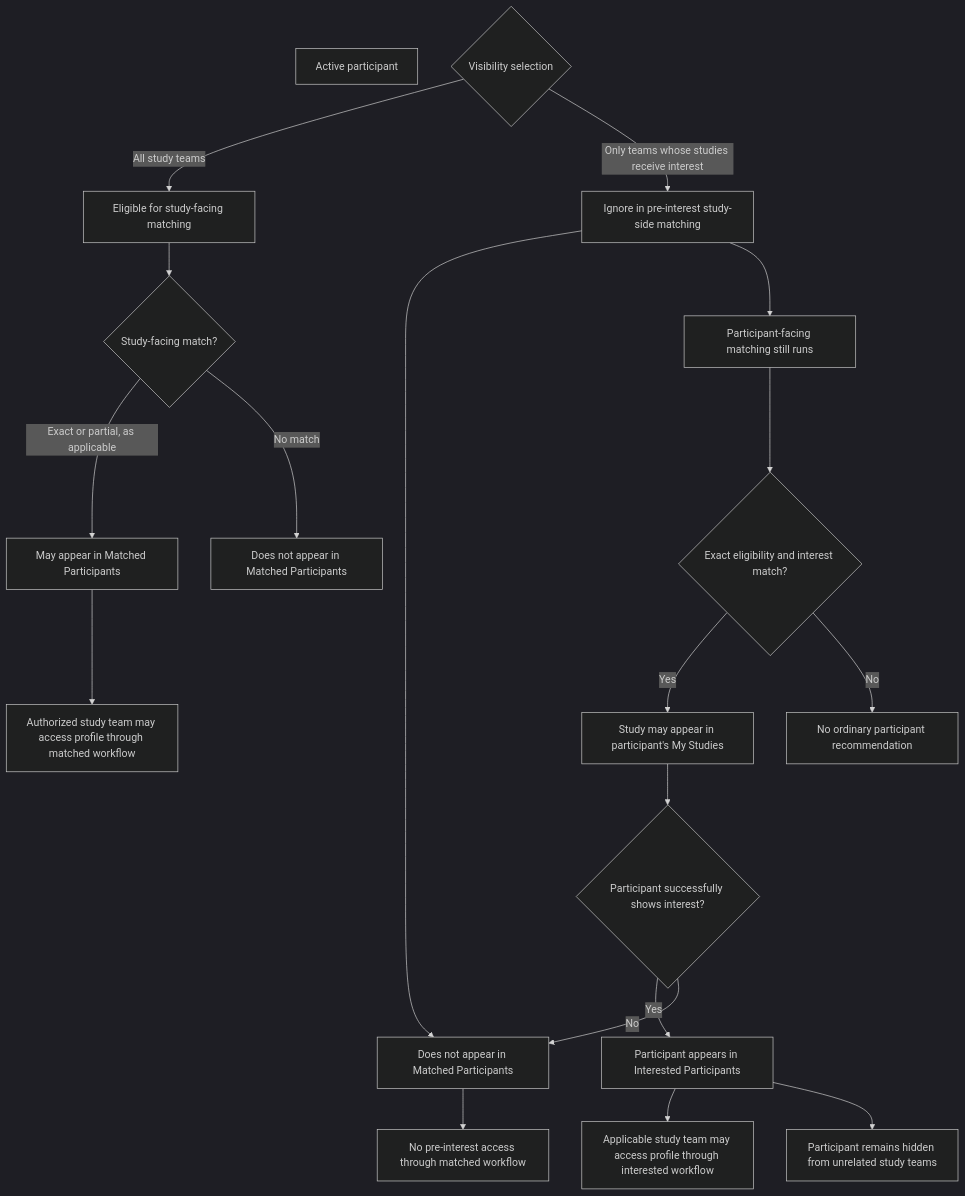
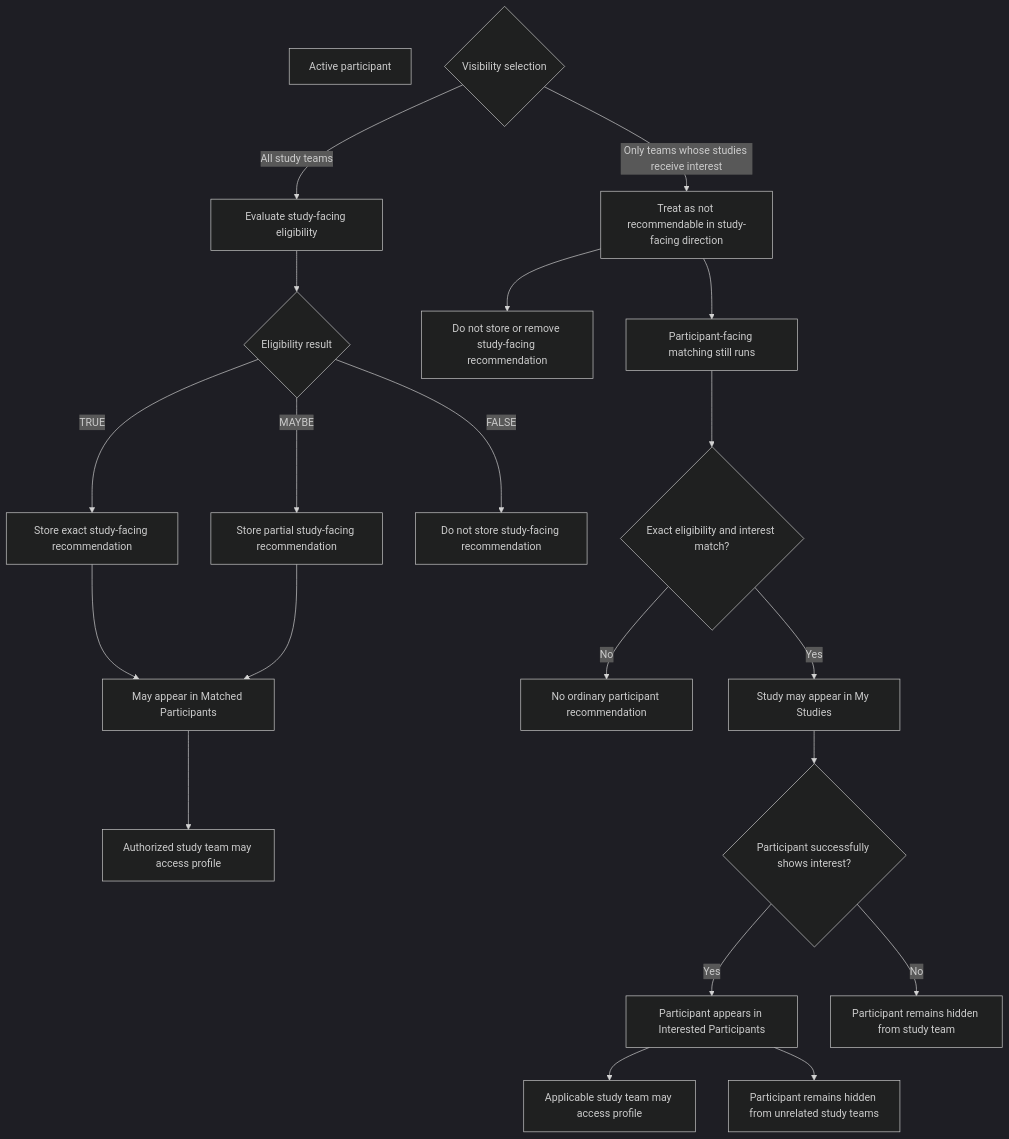
The diagram in docs/06-recruitment/matching-and-visibility.md (umich-michr/yhr-context), drawn with Mermaid (dark theme) before and after one commit. The commit also changed other lines of this file and 4 other files, not shown here.

````diff
--- a/docs/06-recruitment/matching-and-visibility.md
+++ b/docs/06-recruitment/matching-and-visibility.md
@@ -315,29 +328,31 @@
 ```mermaid
 flowchart TD
     P[Active participant]
     V{Visibility selection}
 
-    V -->|All study teams| DS[Eligible for study-facing matching]
-    V -->|Only teams whose studies receive interest| RS[Ignore in pre-interest study-side matching]
+    V -->|All study teams| DS[Evaluate study-facing eligibility]
+    V -->|Only teams whose studies receive interest| RS[Treat as not recommendable in study-facing direction]
 
-    DS --> EM{Study-facing match?}
-    EM -->|Exact or partial, as applicable| ML[May appear in Matched Participants]
-    EM -->|No match| NM[Does not appear in Matched Participants]
+    DS --> EM{Eligibility result}
+    EM -->|TRUE| EXACT[Store exact study-facing recommendation]
+    EM -->|MAYBE| PARTIAL[Store partial study-facing recommendation]
+    EM -->|FALSE| NOMATCH[Do not store study-facing recommendation]
 
-    RS --> H[Does not appear in Matched Participants]
+    RS --> REMOVE[Do not store or remove study-facing recommendation]
     RS --> PF[Participant-facing matching still runs]
 
     PF --> PM{Exact eligibility and interest match?}
-    PM -->|Yes| MS[Study may appear in participant's My Studies]
+    PM -->|Yes| MS[Study may appear in My Studies]
     PM -->|No| NS[No ordinary participant recommendation]
 
-    ML --> ACCESS1[Authorized study team may access profile through matched workflow]
-    H --> NOACCESS[No pre-interest access through matched workflow]
+    EXACT --> ML[May appear in Matched Participants]
+    PARTIAL --> ML
+    ML --> ACCESS1[Authorized study team may access profile]
 
     MS --> INT{Participant successfully shows interest?}
     INT -->|Yes| IL[Participant appears in Interested Participants]
-    INT -->|No| H
+    INT -->|No| HIDDEN[Participant remains hidden from study team]
 
-    IL --> ACCESS2[Applicable study team may access profile through interested workflow]
+    IL --> ACCESS2[Applicable study team may access profile]
     IL --> LIMITED[Participant remains hidden from unrelated study teams]
 ```
````
